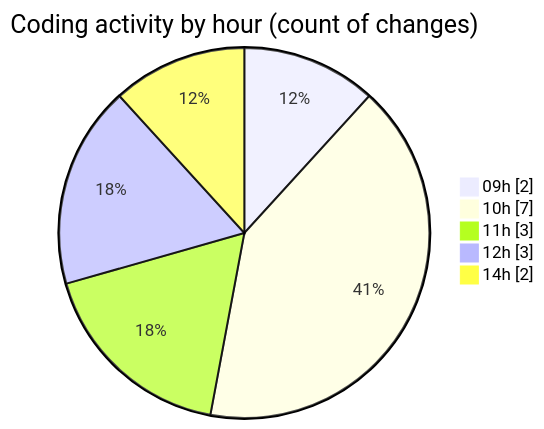
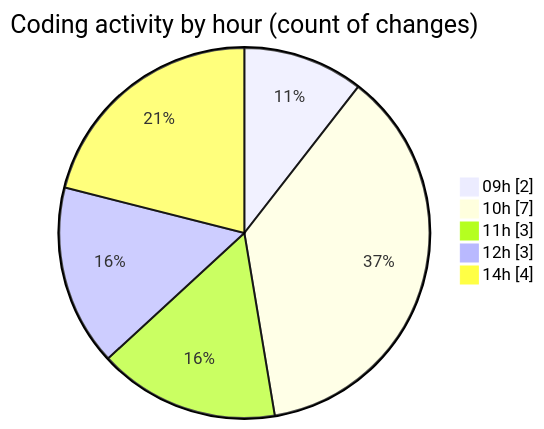
The second of 2 diagrams in 2026-03-02/typescript/README.md (igalym/code-tracking), drawn with Mermaid before and after one commit. The commit also changed other lines of this file and 1 other file, not shown here.

````diff
--- a/2026-03-02/typescript/README.md
+++ b/2026-03-02/typescript/README.md
@@ -33,9 +33,9 @@
 ```mermaid
 pie showData
 title Coding activity by hour (count of changes)
 "09h" : 2
 "10h" : 7
 "11h" : 3
 "12h" : 3
-"14h" : 2
+"14h" : 4
 ```
````
